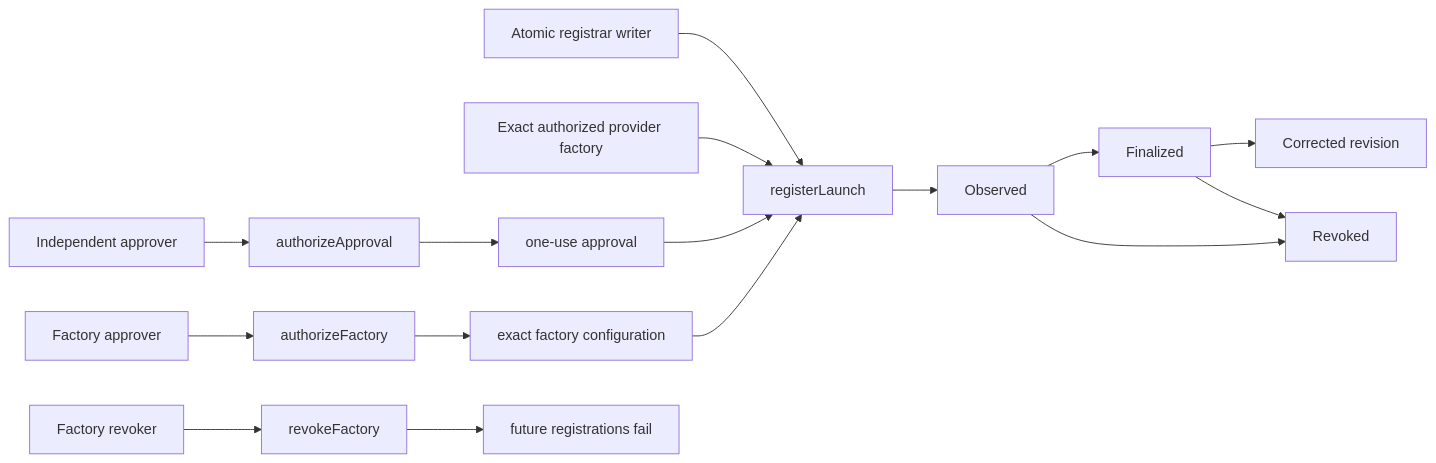
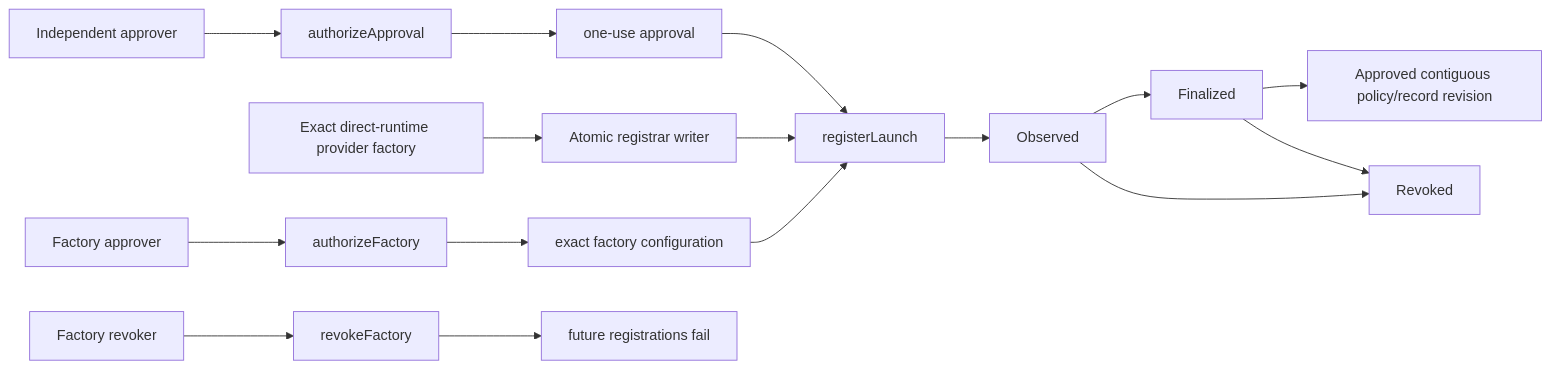
Before and after one commit to 0xprogrammable/PROGRAMMABLE: the second of 2 diagrams in contracts/security/CUSTOM_REGISTRY_GENERATION_2.md, drawn with Mermaid. The commit also changed other lines of this file and 28 other files, not shown here.

````diff
--- a/contracts/security/CUSTOM_REGISTRY_GENERATION_2.md
+++ b/contracts/security/CUSTOM_REGISTRY_GENERATION_2.md
@@ -36,18 +39,18 @@
 ```mermaid
 flowchart LR
   A["Independent approver"] --> AA["authorizeApproval"]
   W["Atomic registrar writer"] --> R["registerLaunch"]
-  PF["Exact authorized provider factory"] --> R
+  PF["Exact direct-runtime provider factory"] --> W
   PA["Factory approver"] --> AF["authorizeFactory"]
   PR["Factory revoker"] --> RF["revokeFactory"]
   AA --> O["one-use approval"]
   AF --> E["exact factory configuration"]
   O --> R
   E --> R
   R --> OB["Observed"]
   OB --> FN["Finalized"]
   OB --> RV["Revoked"]
-  FN --> CR["Corrected revision"]
+  FN --> CR["Approved contiguous policy/record revision"]
   FN --> RV
   RF --> X["future registrations fail"]
 ```
````
